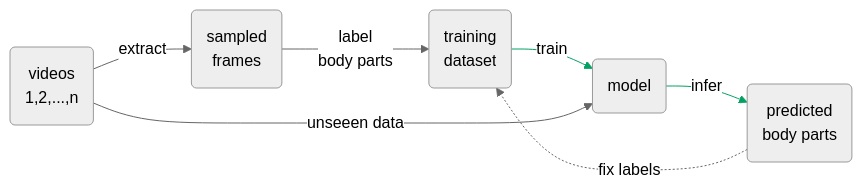
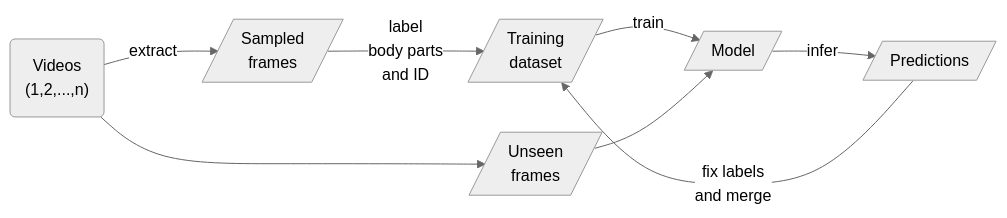
Before and after one commit to neuroinformatics-unit/course-behaviour-hpc: the diagram in img/diagrams/pose-estimation.mmd, drawn with Mermaid. The commit also changed 40 other files, not shown here.

```diff
--- a/img/diagrams/pose-estimation.mmd
+++ b/img/diagrams/pose-estimation.mmd
@@ -1,16 +1,12 @@
 %%{init: {"theme": "neutral", "fontFamily": "arial", "curve": "linear"} }%%
 
-flowchart LR
-    classDef emphasis fill:#03A062;
+graph LR
+    videos("Videos<br>(1,2,...,n)") --> |extract| frames[/Sampled<br>frames/]
+    frames --> |"label<br>body parts<br>and ID"| labels[/Training<br>dataset/]
+    labels --> |train| model[/Model/]
 
-    videos("videos\n 1,2,...,n")
-    videos -->|extract| frames("sampled\n frames")
-    frames -->|label\n body parts| labels("training\n dataset")
-    labels -->|train| model
-    model("model") -->|infer| predictions("predicted\n body parts")
-    predictions -.->|fix labels| labels
-    videos -->|unseeen data| model
-
-
-    linkStyle 2 stroke:#03A062, color:;
-    linkStyle 3 stroke:#03A062, color:;
+    videos --> test[/Unseen<br>frames/]
+    test --> model
+    model --> |infer| predictions[/Predictions/]
+    
+    predictions --> |fix labels<br>and merge| labels
```
